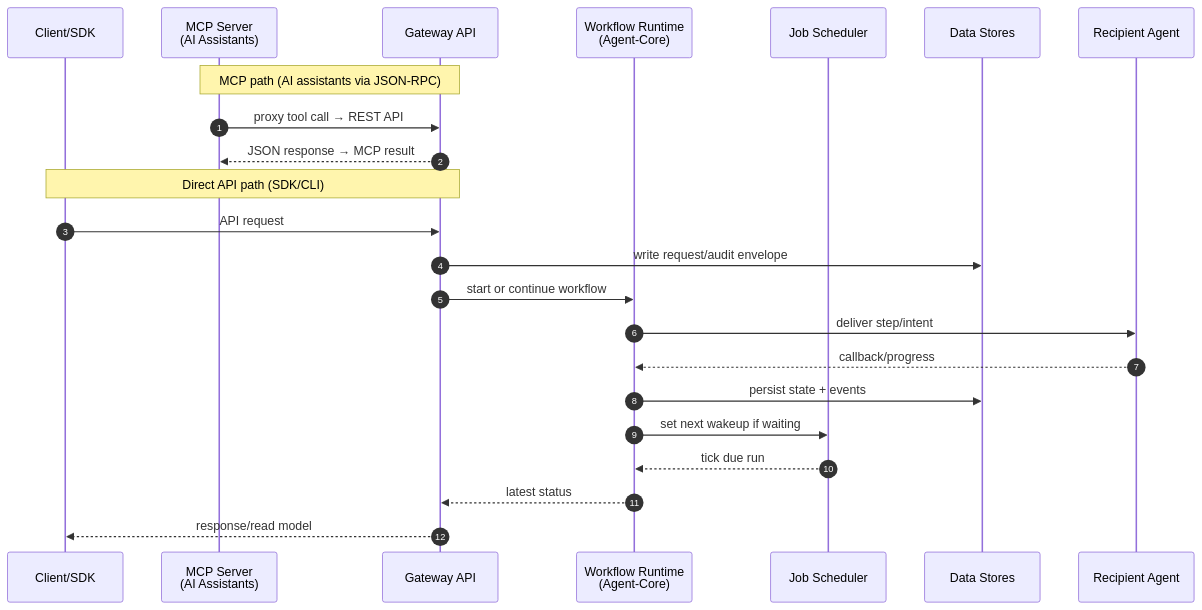
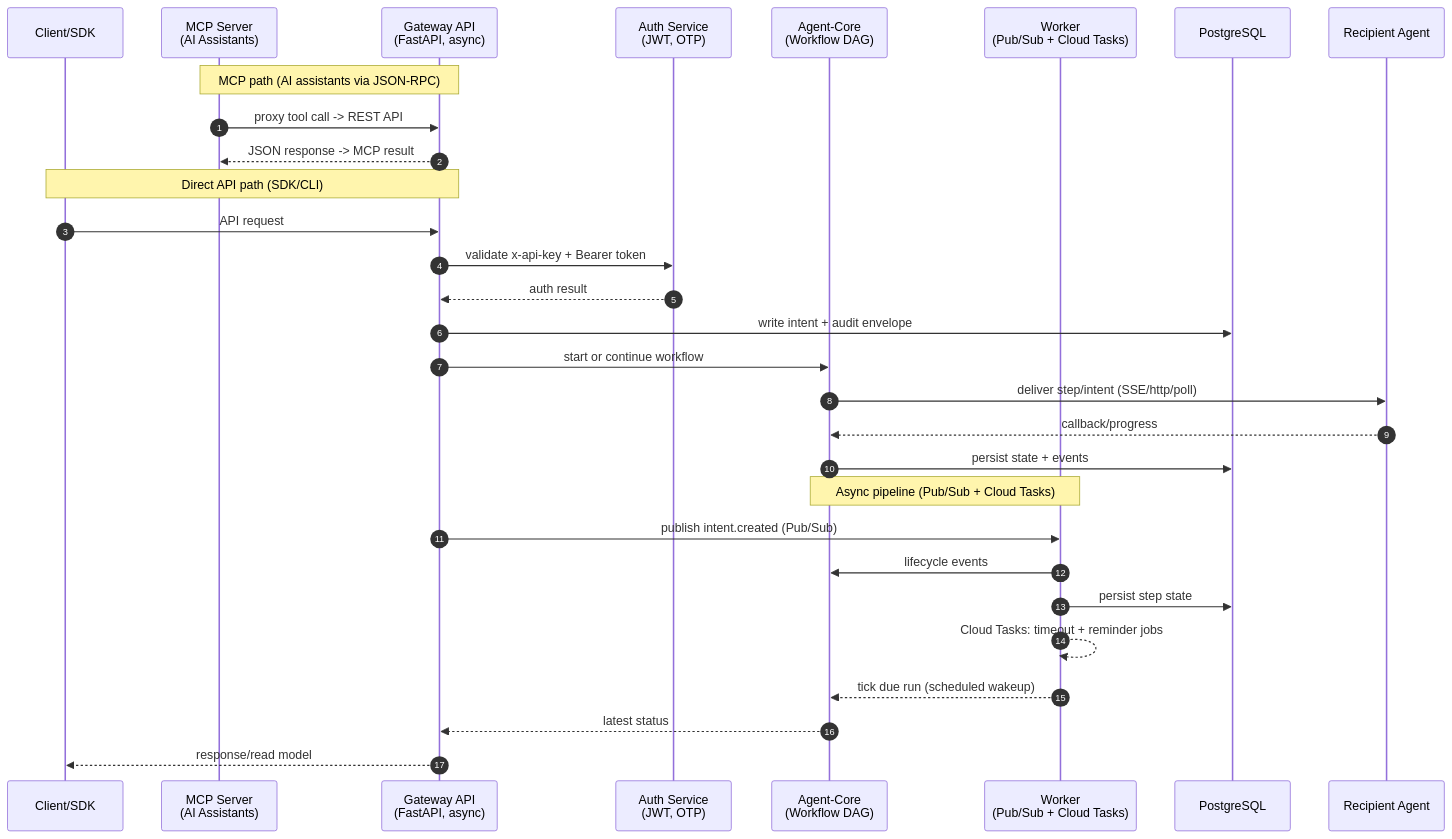
Before and after one commit to AxmeAI/axme-docs: the diagram in docs/diagrams/platform/02-container-runtime-c4.mmd, drawn with Mermaid. The commit also changed 2 other files, not shown here.

Commit message:
docs: regenerate architecture SVGs, update container runtime diagram (#62)
- axme-complete-architecture.svg: regenerated from mmd (was empty 0 bytes)
- 02-container-runtime-c4: added Auth Service, Worker (Pub/Sub + Cloud Tasks),
  renamed Workflow Runtime to Agent-Core, shows async pipeline

```diff
--- a/docs/diagrams/platform/02-container-runtime-c4.mmd
+++ b/docs/diagrams/platform/02-container-runtime-c4.mmd
@@ -1,25 +1,33 @@
 sequenceDiagram
     autonumber
     participant C as Client/SDK
     participant M as MCP Server<br/>(AI Assistants)
-    participant G as Gateway API
-    participant W as Workflow Runtime<br/>(Agent-Core)
-    participant J as Job Scheduler
-    participant D as Data Stores
+    participant G as Gateway API<br/>(FastAPI, async)
+    participant A as Auth Service<br/>(JWT, OTP)
+    participant AC as Agent-Core<br/>(Workflow DAG)
+    participant W as Worker<br/>(Pub/Sub + Cloud Tasks)
+    participant D as PostgreSQL
     participant R as Recipient Agent
 
     Note over M,G: MCP path (AI assistants via JSON-RPC)
-    M->>G: proxy tool call → REST API
-    G-->>M: JSON response → MCP result
+    M->>G: proxy tool call -> REST API
+    G-->>M: JSON response -> MCP result
 
     Note over C,G: Direct API path (SDK/CLI)
     C->>G: API request
-    G->>D: write request/audit envelope
-    G->>W: start or continue workflow
-    W->>R: deliver step/intent
-    R-->>W: callback/progress
-    W->>D: persist state + events
-    W->>J: set next wakeup if waiting
-    J-->>W: tick due run
-    W-->>G: latest status
+    G->>A: validate x-api-key + Bearer token
+    A-->>G: auth result
+    G->>D: write intent + audit envelope
+    G->>AC: start or continue workflow
+    AC->>R: deliver step/intent (SSE/http/poll)
+    R-->>AC: callback/progress
+    AC->>D: persist state + events
+
+    Note over W,AC: Async pipeline (Pub/Sub + Cloud Tasks)
+    G->>W: publish intent.created (Pub/Sub)
+    W->>AC: lifecycle events
+    W->>D: persist step state
+    W-->>W: Cloud Tasks: timeout + reminder jobs
+    W-->>AC: tick due run (scheduled wakeup)
+    AC-->>G: latest status
     G-->>C: response/read model
```
